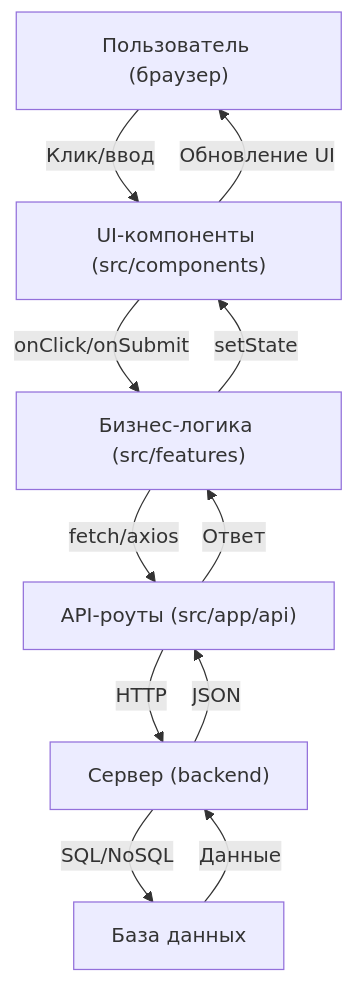
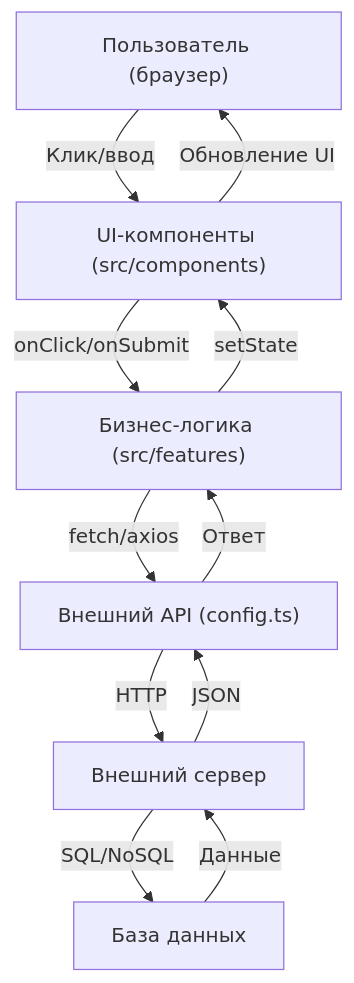
The second of 6 diagrams in README.md (WorkTechDevelop/frontend), drawn with Mermaid before and after one commit. The commit also changed other lines of this file and 2 other files, not shown here.

Commit message:
Refactor README.md to update API integration details, replacing references to internal API routes with external REST API configuration. Remove obsolete API route files to streamline project structure and enhance clarity on data flow and server interactions.

````diff
--- a/README.md
+++ b/README.md
@@ -171,20 +171,20 @@
 ```mermaid
 flowchart TD
   A["Пользователь (браузер)"]
   B["UI-компоненты (src/components)"]
   C["Бизнес-логика (src/features)"]
-  D["API-роуты (src/app/api)"]
-  E["Сервер (backend)"]
+  D["Внешний API (config.ts)"]
+  E["Внешний сервер"]
   F["База данных"]
 
   A-->|Клик/ввод|B
   B-->|onClick/onSubmit|C
   C-->|fetch/axios|D
   D-->|HTTP|E
   E-->|SQL/NoSQL|F
   F-->|Данные|E
   E-->|JSON|D
   D-->|Ответ|C
   C-->|setState|B
   B-->|Обновление UI|A
 ```
````
